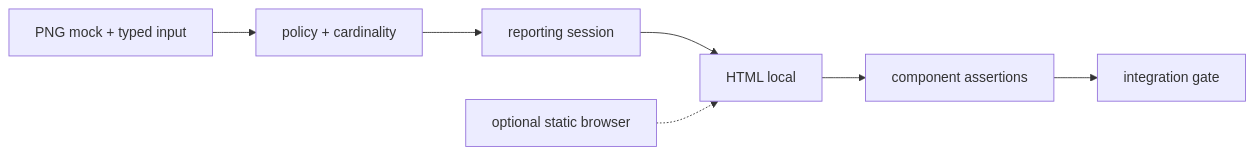
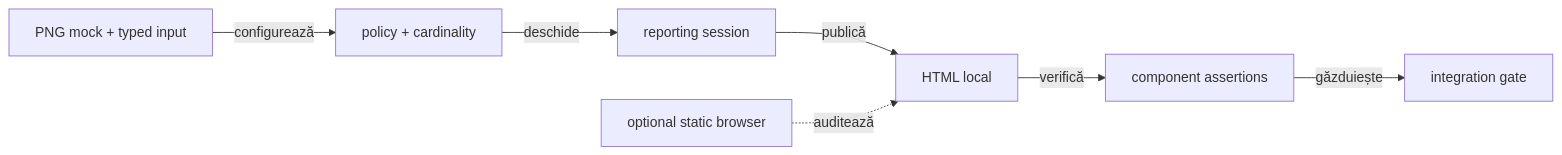
The second of 2 diagrams in atf-reporting-tests/README.md (crististefanita/demo2), drawn with Mermaid before and after one commit. The commit also changed other lines of this file and 102 other files, not shown here.

````diff
--- a/atf-reporting-tests/README.md
+++ b/atf-reporting-tests/README.md
@@ -136,9 +136,9 @@
 ```mermaid
 flowchart LR
-    Fixture[PNG mock + typed input] --> Policy[policy + cardinality]
-    Policy --> Session[reporting session]
-    Session --> Html[HTML local]
-    Html --> Contract[component assertions]
-    Contract --> Integration[integration gate]
-    Browser[optional static browser] -.-> Html
+    Fixture[PNG mock + typed input] -->|configurează| Policy[policy + cardinality]
+    Policy -->|deschide| Session[reporting session]
+    Session -->|publică| Html[HTML local]
+    Html -->|verifică| Contract[component assertions]
+    Contract -->|găzduiește| Integration[integration gate]
+    Browser[optional static browser] -. auditează .-> Html
 ```
````
